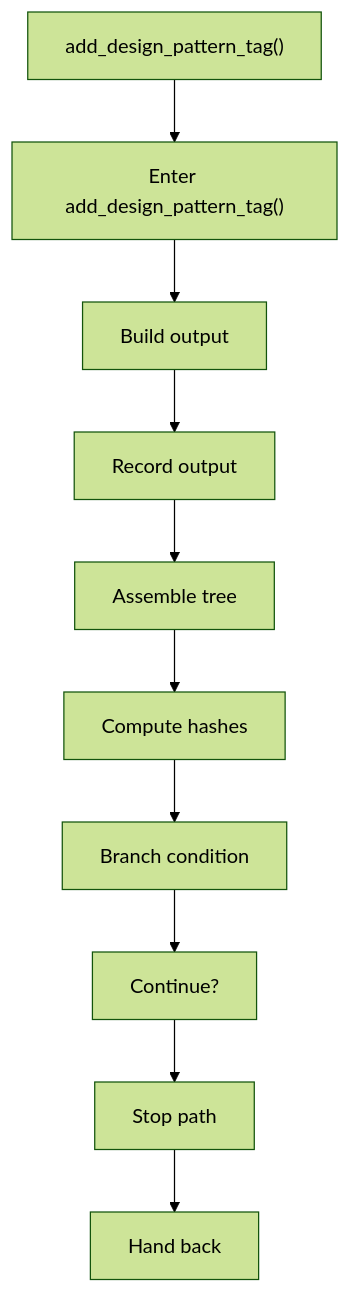
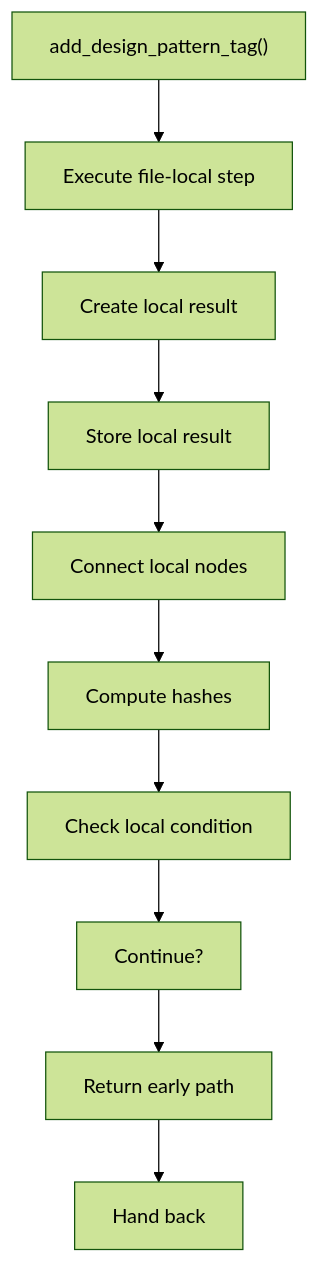
Before and after one commit to JohnAndrewBalbarosa/NeoTerritory: the first of 2 diagrams in docs/Codebase/Microservice/Modules/Source/OutputGeneration/DocumentationTagger/add_design_pattern_tag.cpp.md, drawn with Mermaid (forest theme). The commit also changed other lines of this file and 915 other files, not shown here.

````diff
--- a/docs/Codebase/Microservice/Modules/Source/OutputGeneration/DocumentationTagger/add_design_pattern_tag.cpp.md
+++ b/docs/Codebase/Microservice/Modules/Source/OutputGeneration/DocumentationTagger/add_design_pattern_tag.cpp.md
@@ -27,22 +27,22 @@
 ```mermaid
 flowchart TD
     N0["add_design_pattern_tag()"]
-    N1["Enter add_design_pattern_tag()"]
-    N2["Build output"]
-    N3["Record output"]
-    N4["Assemble tree"]
+    N1["Execute file-local step"]
+    N2["Create local result"]
+    N3["Store local result"]
+    N4["Connect local nodes"]
     N5["Compute hashes"]
-    N6["Branch condition"]
+    N6["Check local condition"]
     N7["Continue?"]
-    N8["Stop path"]
+    N8["Return early path"]
     N9["Hand back"]
     N0 --> N1
     N1 --> N2
     N2 --> N3
     N3 --> N4
     N4 --> N5
     N5 --> N6
     N6 --> N7
     N7 --> N8
     N8 --> N9
 ```
````
